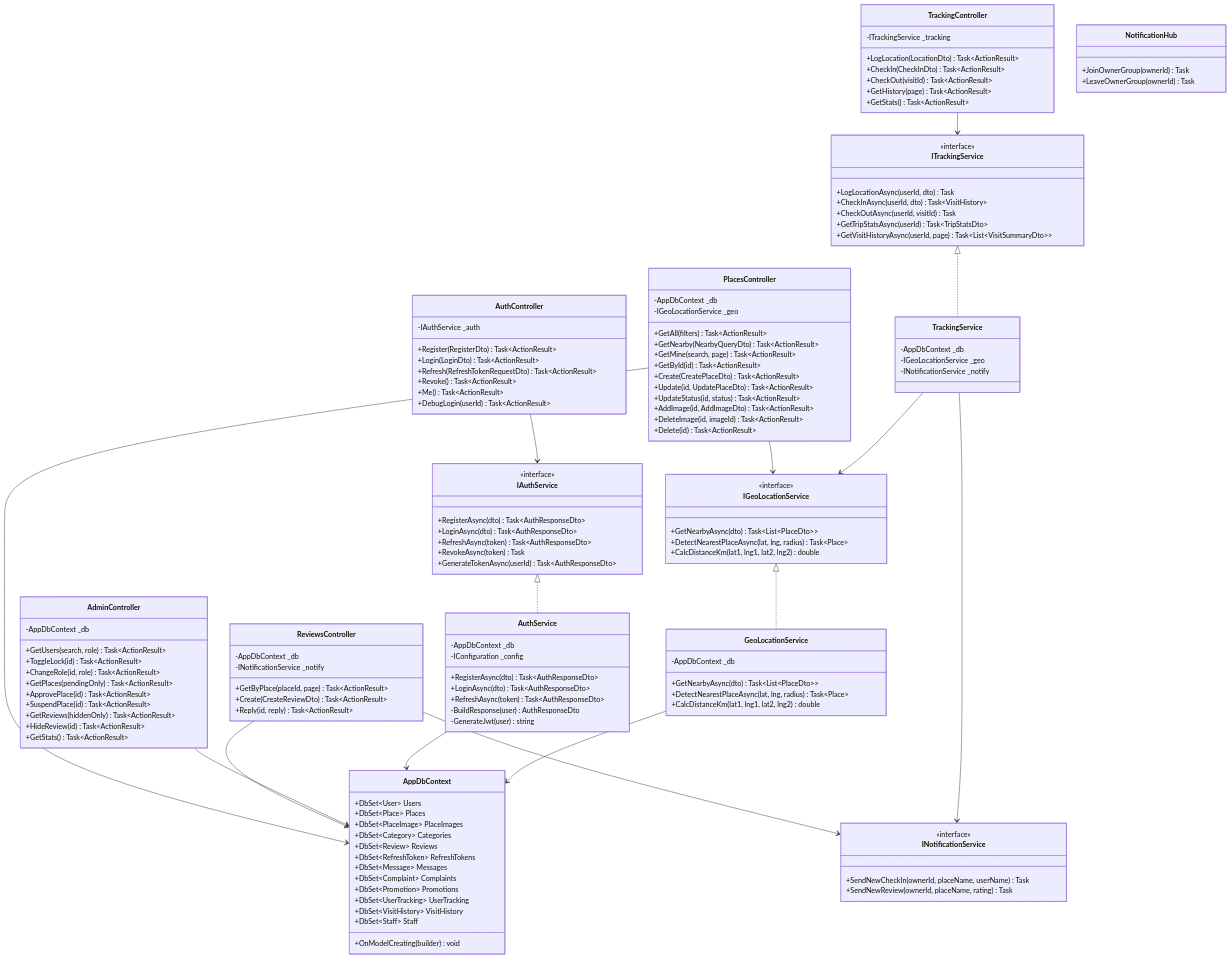
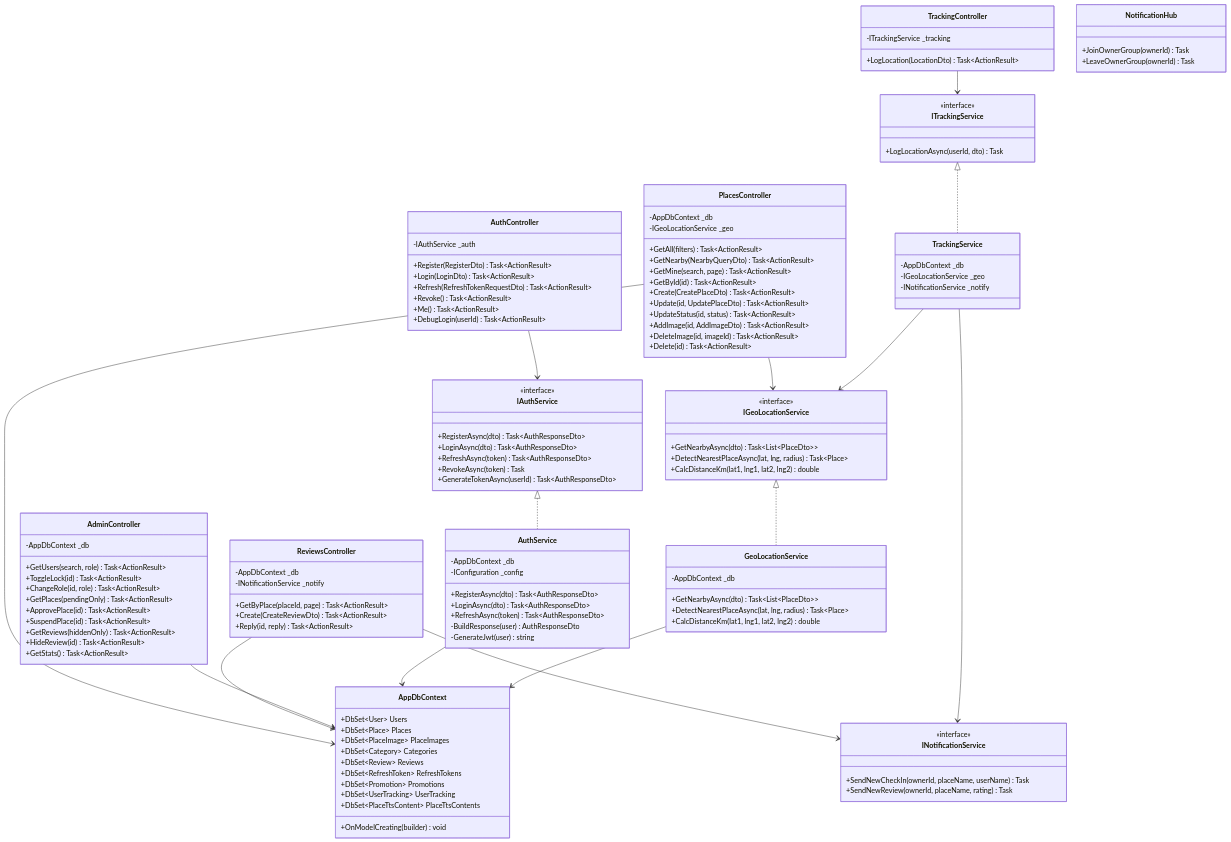
One commit to MTai55/TourguideProjectApp changed the fourth of 21 diagrams in PRD.md. Above: the diagram before and after it, drawn with Mermaid. The commit also changed other lines of this file, not shown here.

Commit message:
diagrams

```diff
--- a/PRD.md
+++ b/PRD.md
@@ -894,10 +908,6 @@
     class TrackingController {
         -ITrackingService _tracking
         +LogLocation(LocationDto) Task~ActionResult~
-        +CheckIn(CheckInDto) Task~ActionResult~
-        +CheckOut(visitId) Task~ActionResult~
-        +GetHistory(page) Task~ActionResult~
-        +GetStats() Task~ActionResult~
     }
 
     class AdminController {
@@ -949,10 +959,6 @@
     class ITrackingService {
         <<interface>>
         +LogLocationAsync(userId, dto) Task
-        +CheckInAsync(userId, dto) Task~VisitHistory~
-        +CheckOutAsync(userId, visitId) Task
-        +GetTripStatsAsync(userId) Task~TripStatsDto~
-        +GetVisitHistoryAsync(userId, page) Task~List~VisitSummaryDto~~
     }
 
     class TrackingService {
@@ -979,12 +985,9 @@
         +DbSet~Category~ Categories
         +DbSet~Review~ Reviews
         +DbSet~RefreshToken~ RefreshTokens
-        +DbSet~Message~ Messages
-        +DbSet~Complaint~ Complaints
         +DbSet~Promotion~ Promotions
         +DbSet~UserTracking~ UserTracking
-        +DbSet~VisitHistory~ VisitHistory
-        +DbSet~Staff~ Staff
+        +DbSet~PlaceTtsContent~ PlaceTtsContents
         +OnModelCreating(builder) void
     }
 
```
